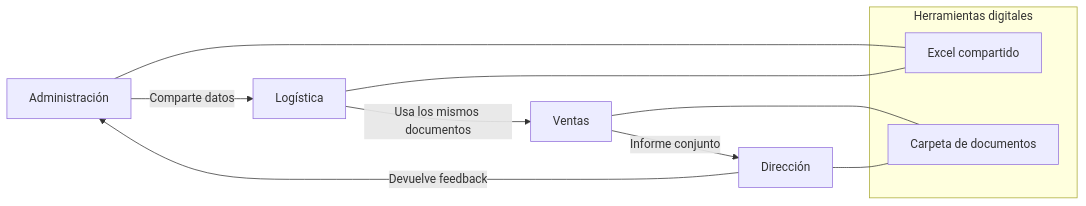
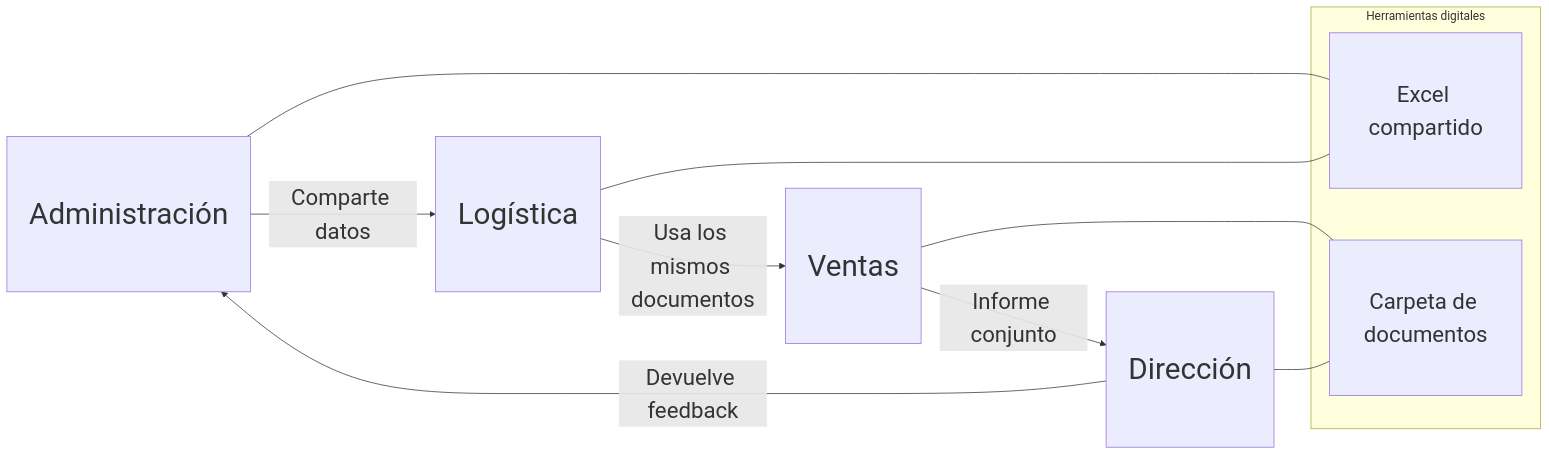
Before and after one commit to lhuguetboren/Digitalizacion: the diagram in CanaryBanana/docs/ORG-DIG-02.md, drawn with Mermaid. The commit also changed other lines of this file and 21 other files, not shown here.

````diff
--- a/CanaryBanana/docs/ORG-DIG-02.md
+++ b/CanaryBanana/docs/ORG-DIG-02.md
@@ -17,18 +13,40 @@
 ```mermaid
-%%{init: {"themeVariables": {"nodeHeight": "60px"}}}%%
+
 flowchart LR
-    A[Administración] -->|Comparte datos| B[Logística]
+       
+
+   
+   A[Administración] -->|Comparte datos| B[Logística]
     B -->|Usa los mismos documentos| C[Ventas]
     C -->|Informe conjunto| D[Dirección]
     D -->|Devuelve feedback| A
 
     subgraph Herramientas digitales
         X[Excel compartido]
         Y[Carpeta de documentos]
     end
 
     A --- X
     B --- X
     C --- Y
     D --- Y
+    
+    A:::bigNode
+    B:::bigNode
+    C:::bigNode
+    D:::bigNode
+    X:::bigNode2
+    Y:::bigNode2
+
+    classDef bigNode font-size:40px, padding:15px;
+    classDef bigNode2 font-size:30px, padding:15px;
+    linkStyle 0 font-size:30px;
+    linkStyle 1 font-size:30px;
+    linkStyle 2 font-size:30px;
+    linkStyle 3 font-size:30px;
+    linkStyle 4 font-size:30px;
+    linkStyle 5 font-size:30px;
+    linkStyle 6 font-size:30px;
+    linkStyle 7 font-size:30px;
+   
 ```
````
